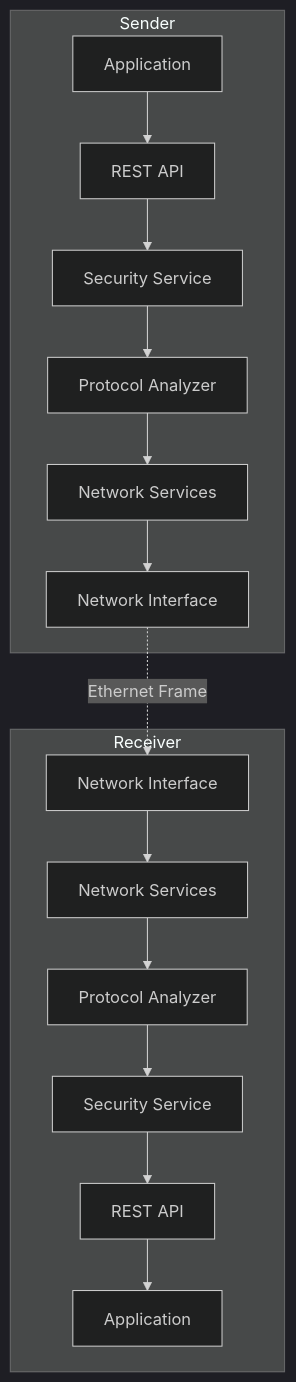
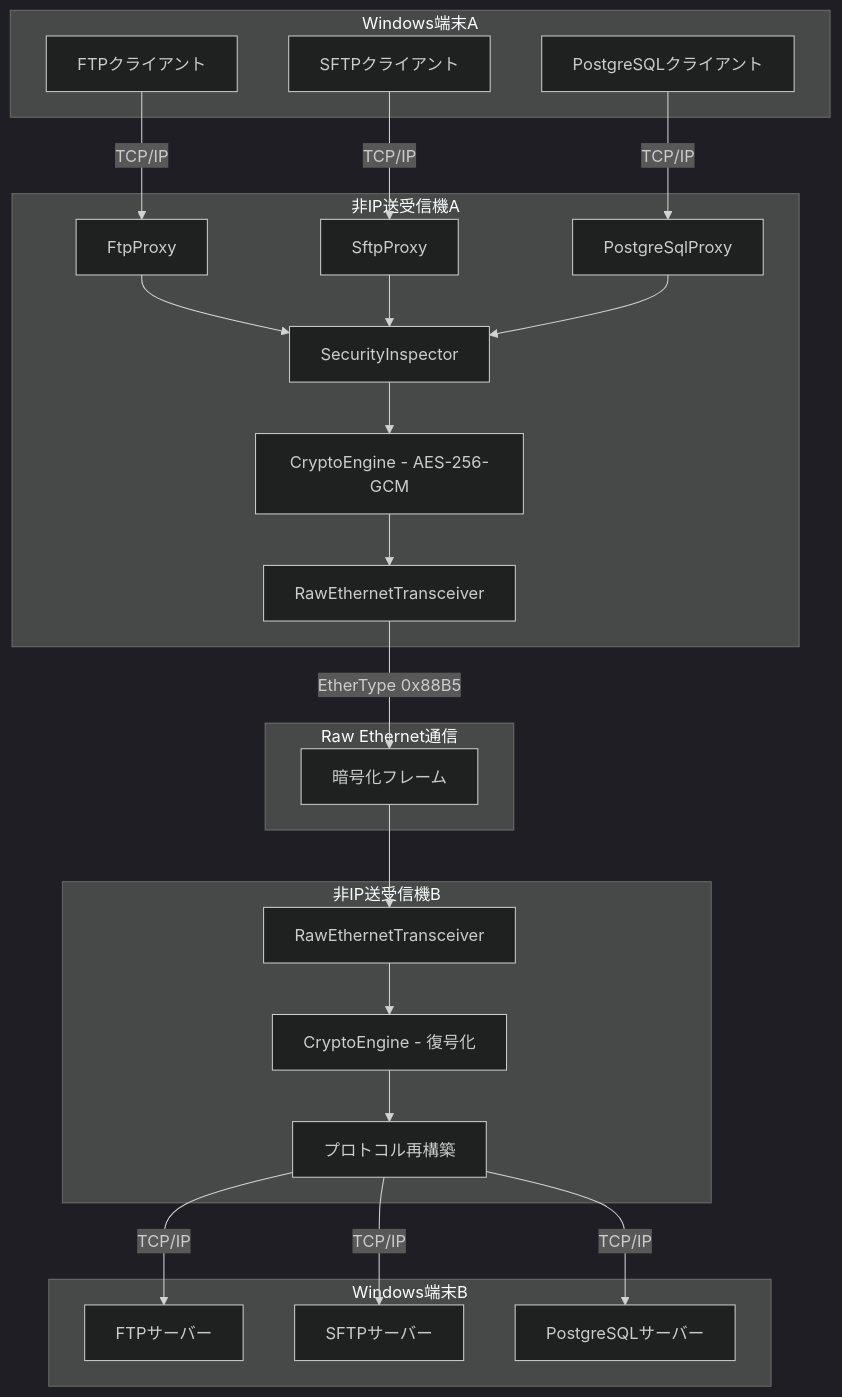
The first of 5 diagrams in functionaldesign.md (InvestorX/Non-IP-File-Delivery), drawn with Mermaid (dark theme) before and after one commit. The commit also changed other lines of this file and 1 other file, not shown here.

````diff
--- a/functionaldesign.md
+++ b/functionaldesign.md
@@ -73,32 +76,54 @@
 ```mermaid
 graph TB
-    subgraph "Sender"
-        S_APP[Application]
-        S_API[REST API]
-        S_SEC[Security Service]
-        S_PROTO[Protocol Analyzer]
-        S_NET[Network Services]
-        S_NIC[Network Interface]
+    subgraph "Windows端末A"
+        A1[FTPクライアント]
+        A2[SFTPクライアント]
+        A3[PostgreSQLクライアント]
     end
     
-    subgraph "Receiver"
-        R_NIC[Network Interface]
-        R_NET[Network Services]
-        R_PROTO[Protocol Analyzer]
-        R_SEC[Security Service]
-        R_API[REST API]
-        R_APP[Application]
+    subgraph "非IP送受信機A"
+        B1[FtpProxy]
+        B2[SftpProxy]
+        B3[PostgreSqlProxy]
+        B4[RawEthernetTransceiver]
+        B5[SecurityInspector]
+        B6[CryptoEngine - AES-256-GCM]
     end
     
-    S_APP --> S_API
-    S_API --> S_SEC
-    S_SEC --> S_PROTO
-    S_PROTO --> S_NET
-    S_NET --> S_NIC
-    S_NIC -.->|Ethernet Frame| R_NIC
-    R_NIC --> R_NET
-    R_NET --> R_PROTO
-    R_PROTO --> R_SEC
-    R_SEC --> R_API
-    R_API --> R_APP
+    subgraph "Raw Ethernet通信"
+        C1[暗号化フレーム]
+    end
+    
+    subgraph "非IP送受信機B"
+        D1[RawEthernetTransceiver]
+        D2[CryptoEngine - 復号化]
+        D3[プロトコル再構築]
+    end
+    
+    subgraph "Windows端末B"
+        E1[FTPサーバー]
+        E2[SFTPサーバー]
+        E3[PostgreSQLサーバー]
+    end
+    
+    A1 -->|TCP/IP| B1
+    A2 -->|TCP/IP| B2
+    A3 -->|TCP/IP| B3
+    
+    B1 --> B5
+    B2 --> B5
+    B3 --> B5
+    
+    B5 --> B6
+    B6 --> B4
+    
+    B4 -->|EtherType 0x88B5| C1
+    C1 --> D1
+    
+    D1 --> D2
+    D2 --> D3
+    
+    D3 -->|TCP/IP| E1
+    D3 -->|TCP/IP| E2
+    D3 -->|TCP/IP| E3
 ```
````
